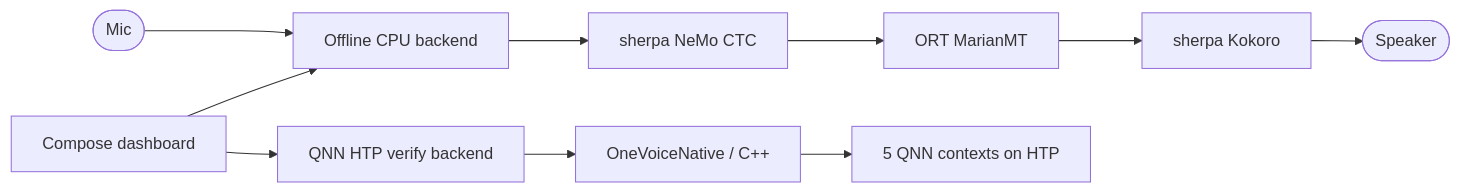
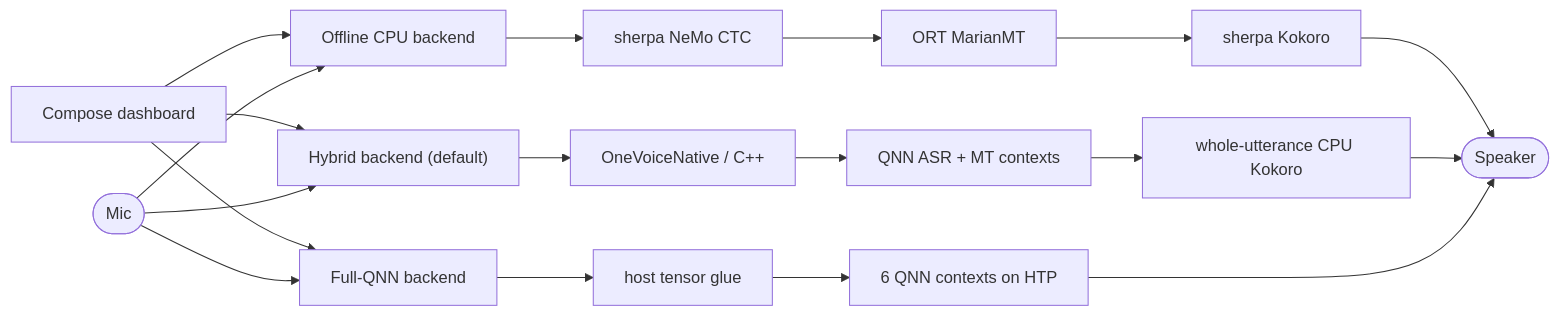
The diagram in README.md (KhangPham205/onevoice-link-native), drawn with Mermaid before and after one commit. The commit also changed other lines of this file and 32 other files, not shown here.

Commit message:
feat: add live QNN and hybrid speech pipeline

````diff
--- a/README.md
+++ b/README.md
@@ -23,8 +23,13 @@
 ```mermaid
 flowchart LR
-  UI["Compose dashboard"] --> HF["Offline CPU backend"]
-  UI --> QNN["QNN HTP verify backend"]
+  UI["Compose dashboard"] --> Hybrid["Hybrid backend (default)"]
+  UI --> HF["Offline CPU backend"]
+  UI --> QNN["Full-QNN backend"]
   Mic([Mic]) --> HF
+  Mic --> Hybrid
+  Mic --> QNN
   HF --> ASR["sherpa NeMo CTC"] --> MT["ORT MarianMT"] --> TTS["sherpa Kokoro"] --> Speaker([Speaker])
-  QNN --> JNI["OneVoiceNative / C++"] --> HTP["5 QNN contexts on HTP"]
+  Hybrid --> JNI["OneVoiceNative / C++"] --> HTP["QNN ASR + MT contexts"]
+  HTP --> CPUK["whole-utterance CPU Kokoro"] --> Speaker
+  QNN --> JNI6["host tensor glue"] --> HTP6["6 QNN contexts on HTP"] --> Speaker
 ```
````
